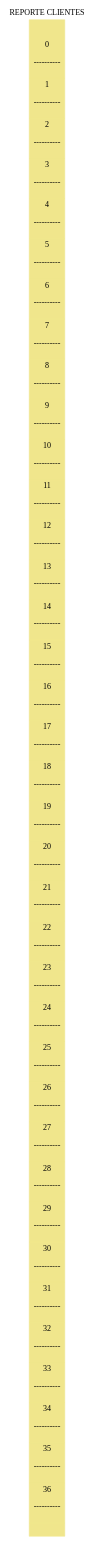
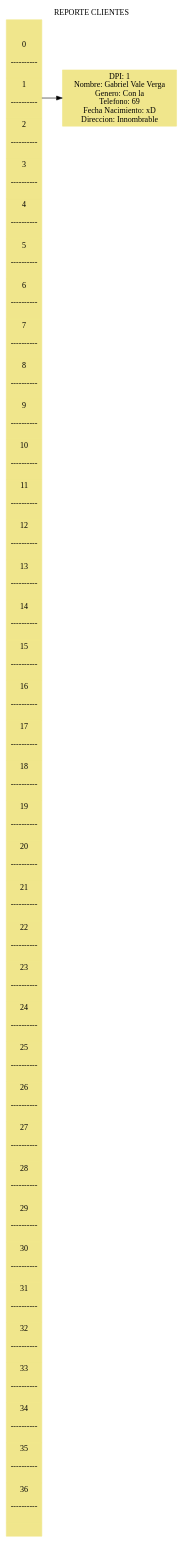
The diagram in Proyecto2_201700733_201709166/Hash.dot (ByLy23/EDD_Jun_2020_201700733_P2_201709166), drawn with Graphviz before and after one commit. The commit also changed 23 other files, not shown here.

```diff
--- a/Proyecto2_201700733_201709166/Hash.dot
+++ b/Proyecto2_201700733_201709166/Hash.dot
@@ -1,7 +1,9 @@
 digraph G{
  rankdir=LR
 node[shape=record,style=filled, color = khaki, fontname = "Century Gothic"]; graph [fontname = "Century Gothic"];
- labelloc = "t;"label = "REPORTE CLIENTES";  Nodo650543364[label= 
+ labelloc = "t;"label = "REPORTE CLIENTES";  Nodo506992552[label= 
 "<P0>\n\n0\n\n----------\n\n|<P1>1\n\n----------\n\n|<P2>2\n\n----------\n\n|<P3>3\n\n----------\n\n|<P4>4\n\n----------\n\n|<P5>5\n\n----------\n\n|<P6>6\n\n----------\n\n|<P7>7\n\n----------\n\n|<P8>8\n\n----------\n\n|<P9>9\n\n----------\n\n|<P10>10\n\n----------\n\n|<P11>11\n\n----------\n\n|<P12>12\n\n----------\n\n|<P13>13\n\n----------\n\n|<P14>14\n\n----------\n\n|<P15>15\n\n----------\n\n|<P16>16\n\n----------\n\n|<P17>17\n\n----------\n\n|<P18>18\n\n----------\n\n|<P19>19\n\n----------\n\n|<P20>20\n\n----------\n\n|<P21>21\n\n----------\n\n|<P22>22\n\n----------\n\n|<P23>23\n\n----------\n\n|<P24>24\n\n----------\n\n|<P25>25\n\n----------\n\n|<P26>26\n\n----------\n\n|<P27>27\n\n----------\n\n|<P28>28\n\n----------\n\n|<P29>29\n\n----------\n\n|<P30>30\n\n----------\n\n|<P31>31\n\n----------\n\n|<P32>32\n\n----------\n\n|<P33>33\n\n----------\n\n|<P34>34\n\n----------\n\n|<P35>35\n\n----------\n\n|<P36>36\n\n----------\n\n|<P37>"];
+Nodo1029630535[label=" DPI: 1\nNombre: Gabriel Vale Verga\nGenero: Con la \nTelefono: 69\nFecha Nacimiento: xD\nDireccion: Innombrable"];
+Nodo506992552:P1 -> Nodo1029630535
 
 }
```
